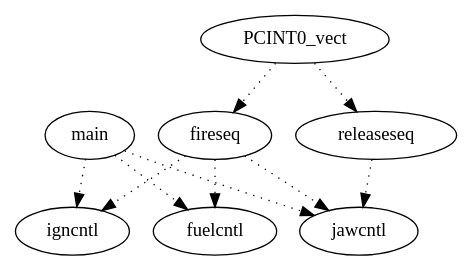
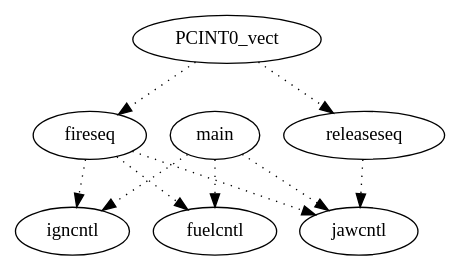
One commit to bjornburton/champbot changed the diagram in Firmware/jawAndFireControl/jafco.dot. Above: the diagram before and after it, drawn with Graphviz. The commit also changed other lines of this file and 6 other files, not shown here.

```diff
--- a/Firmware/jawAndFireControl/jafco.dot
+++ b/Firmware/jawAndFireControl/jafco.dot
@@ -1,11 +1,11 @@
 digraph callgraph {
+"releaseseq" -> "jawcntl" [style=dotted];
+"PCINT0_vect" -> "fireseq" [style=dotted];
+"PCINT0_vect" -> "releaseseq" [style=dotted];
+"main" -> "igncntl" [style=dotted];
+"main" -> "jawcntl" [style=dotted];
+"main" -> "fuelcntl" [style=dotted];
 "fireseq" -> "fuelcntl" [style=dotted];
+"fireseq" -> "jawcntl" [style=dotted];
 "fireseq" -> "igncntl" [style=dotted];
-"fireseq" -> "jawcntl" [style=dotted];
-"releaseseq" -> "jawcntl" [style=dotted];
-"main" -> "igncntl" [style=dotted];
-"main" -> "fuelcntl" [style=dotted];
-"main" -> "jawcntl" [style=dotted];
-"PCINT0_vect" -> "releaseseq" [style=dotted];
-"PCINT0_vect" -> "fireseq" [style=dotted];
 }
```
